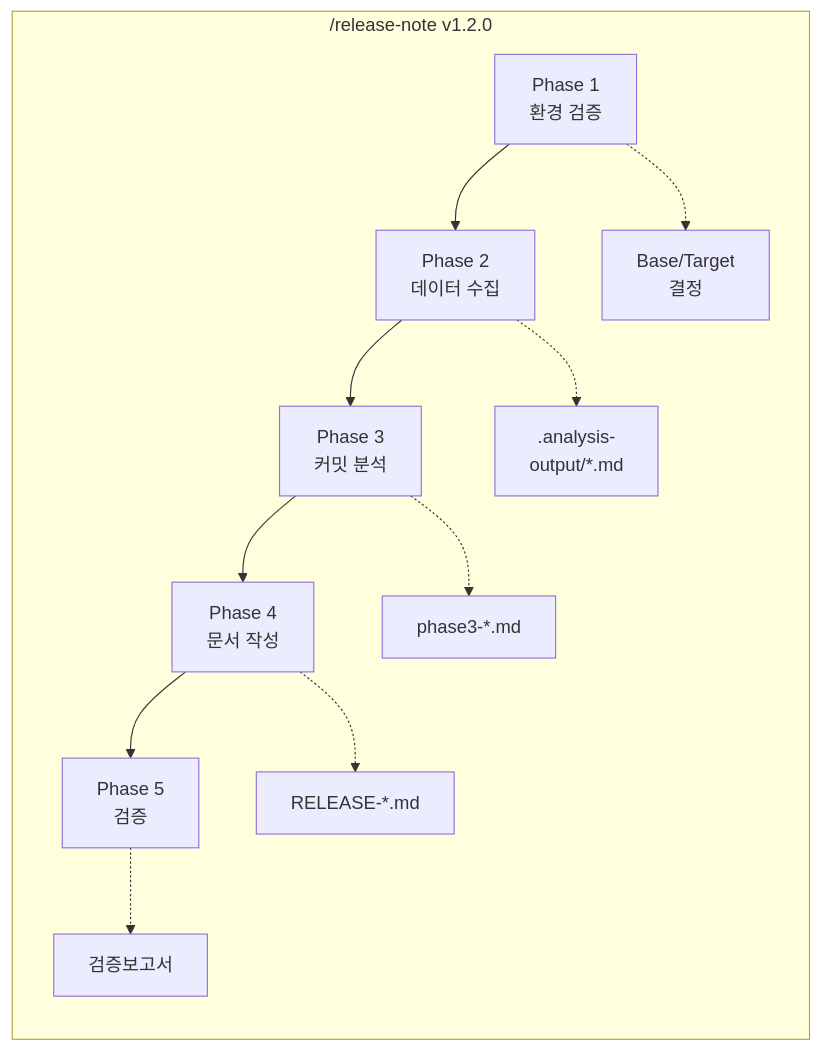
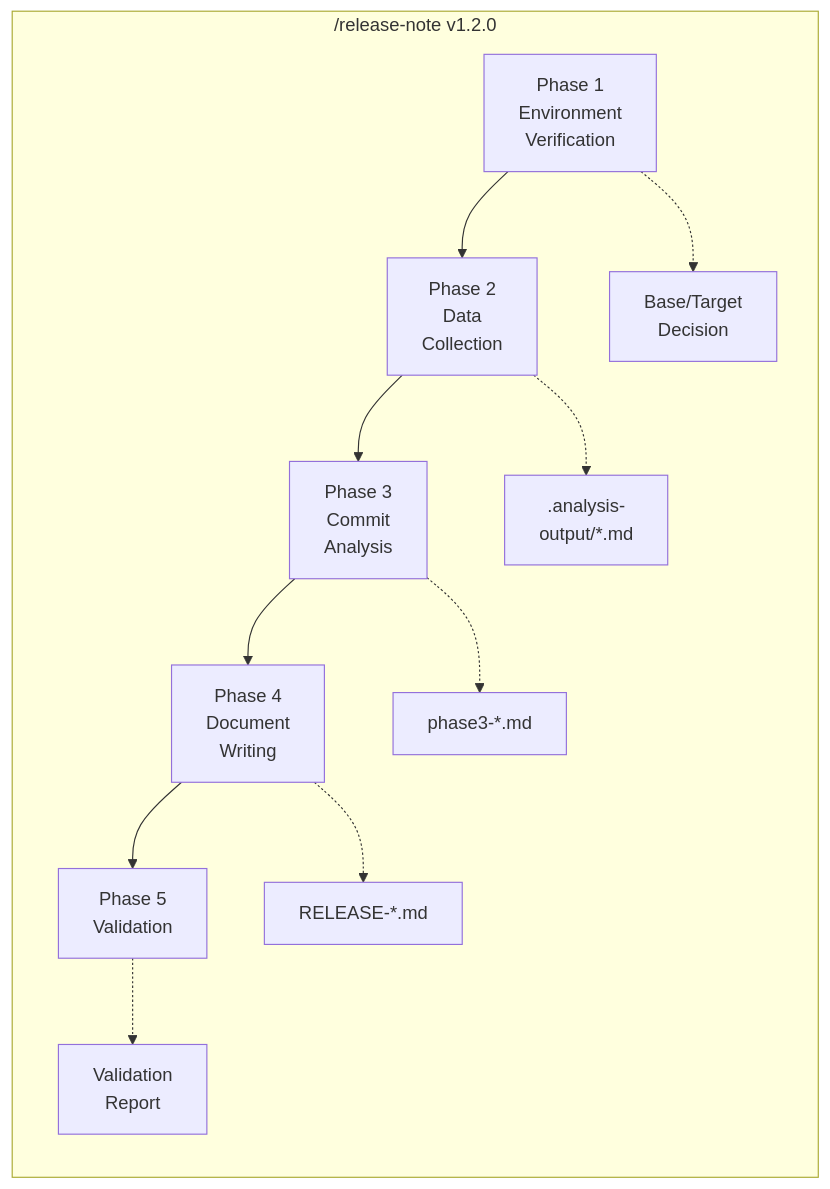
One commit to hhko/Functorium changed the first of 2 diagrams in Docs.Site/src/content/docs/tutorials/release-notes-claude/part3-workflow/00-overview.md. Above: the diagram before and after it, drawn with Mermaid. The commit also changed other lines of this file and 25 other files, not shown here.

````diff
--- a/Docs.Site/src/content/docs/tutorials/release-notes-claude/part3-workflow/00-overview.md
+++ b/Docs.Site/src/content/docs/tutorials/release-notes-claude/part3-workflow/00-overview.md
@@ -9,12 +9,12 @@
 ```mermaid
 flowchart LR
   subgraph Release["/release-note v1.2.0"]
-    P1["Phase 1<br/>환경 검증"] --> P2["Phase 2<br/>데이터 수집"] --> P3["Phase 3<br/>커밋 분석"] --> P4["Phase 4<br/>문서 작성"] --> P5["Phase 5<br/>검증"]
+    P1["Phase 1<br/>Environment<br/>Verification"] --> P2["Phase 2<br/>Data<br/>Collection"] --> P3["Phase 3<br/>Commit<br/>Analysis"] --> P4["Phase 4<br/>Document<br/>Writing"] --> P5["Phase 5<br/>Validation"]
 
-    P1 -.-> O1["Base/Target<br/>결정"]
+    P1 -.-> O1["Base/Target<br/>Decision"]
     P2 -.-> O2[".analysis-<br/>output/*.md"]
     P3 -.-> O3["phase3-*.md"]
     P4 -.-> O4["RELEASE-*.md"]
-    P5 -.-> O5["검증보고서"]
+    P5 -.-> O5["Validation<br/>Report"]
   end
 ```
````
